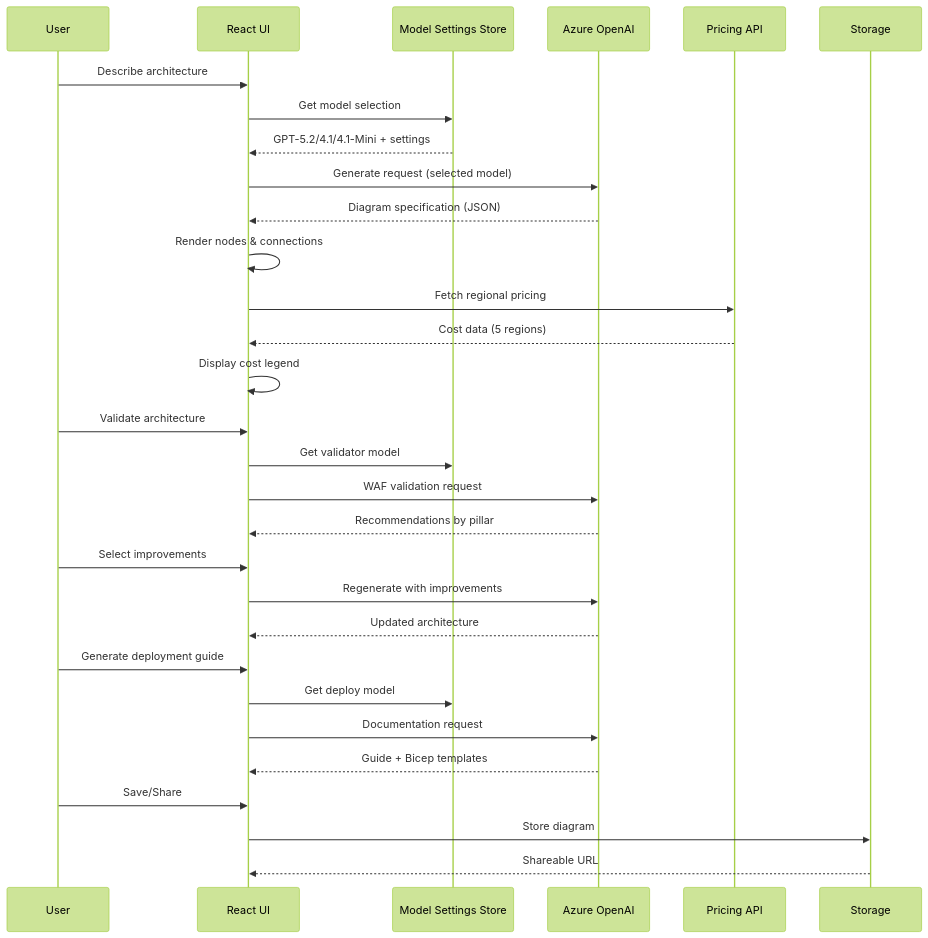
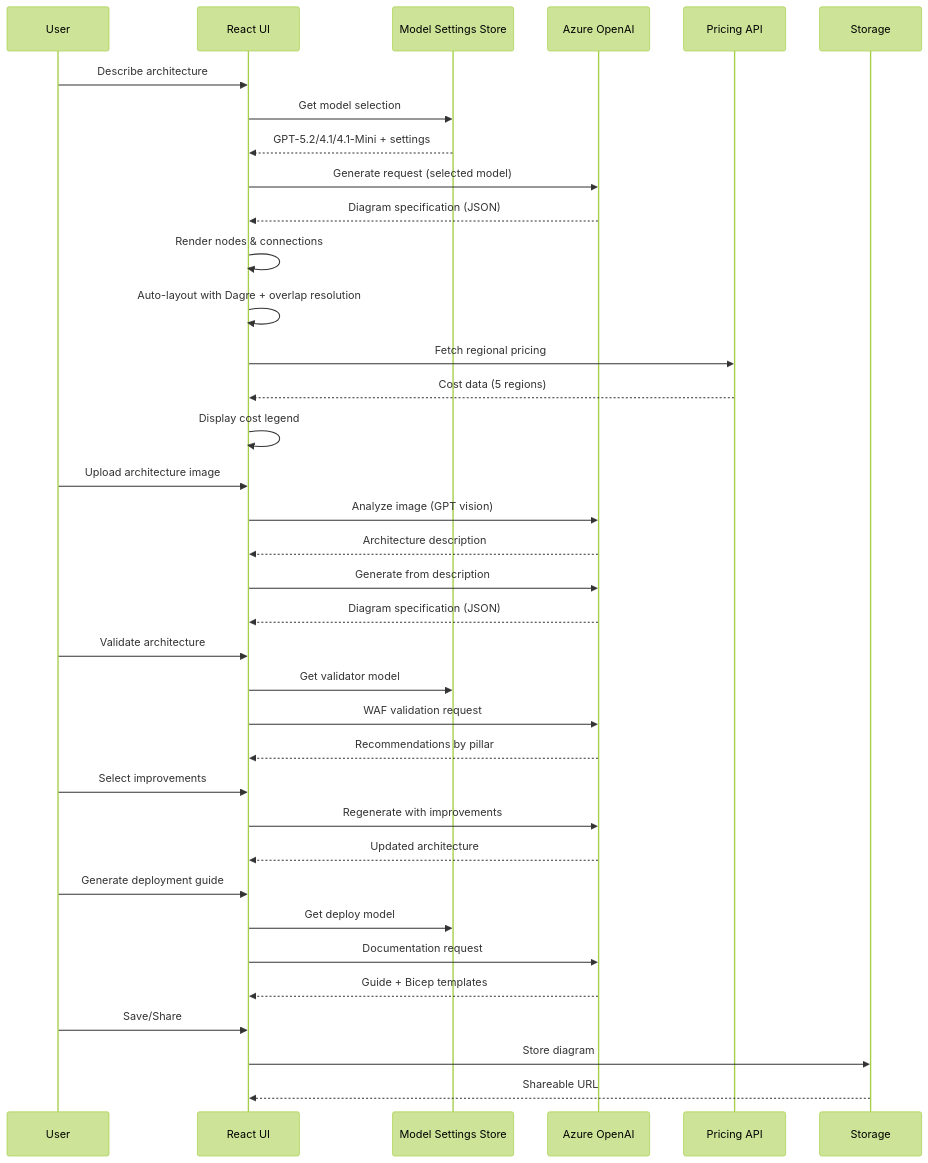
Before and after one commit to Arturo-Quiroga-MSFT/azure-architecture-diagram-builder: the second of 3 diagrams in README.md, drawn with Mermaid (forest theme). The commit also changed other lines of this file and 2 other files, not shown here.

Commit message:
Update README with all current features, fix Azure Policy icon category, fix ImageUploader typo

````diff
--- a/README.md
+++ b/README.md
@@ -165,36 +179,43 @@
 ```mermaid
 sequenceDiagram
     participant U as User
     participant UI as React UI
     participant MS as Model Settings Store
     participant AI as Azure OpenAI
     participant P as Pricing API
     participant S as Storage
 
     U->>UI: Describe architecture
     UI->>MS: Get model selection
     MS-->>UI: GPT-5.2/4.1/4.1-Mini + settings
     UI->>AI: Generate request (selected model)
     AI-->>UI: Diagram specification (JSON)
     UI->>UI: Render nodes & connections
+    UI->>UI: Auto-layout with Dagre + overlap resolution
     UI->>P: Fetch regional pricing
     P-->>UI: Cost data (5 regions)
     UI->>UI: Display cost legend
+    
+    U->>UI: Upload architecture image
+    UI->>AI: Analyze image (GPT vision)
+    AI-->>UI: Architecture description
+    UI->>AI: Generate from description
+    AI-->>UI: Diagram specification (JSON)
     
     U->>UI: Validate architecture
     UI->>MS: Get validator model
     UI->>AI: WAF validation request
     AI-->>UI: Recommendations by pillar
     U->>UI: Select improvements
     UI->>AI: Regenerate with improvements
     AI-->>UI: Updated architecture
     
     U->>UI: Generate deployment guide
     UI->>MS: Get deploy model
     UI->>AI: Documentation request
     AI-->>UI: Guide + Bicep templates
     
     U->>UI: Save/Share
     UI->>S: Store diagram
     S-->>UI: Shareable URL
 ```
````
